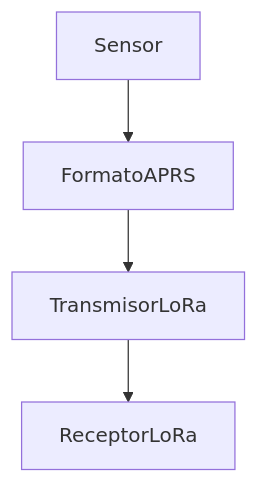
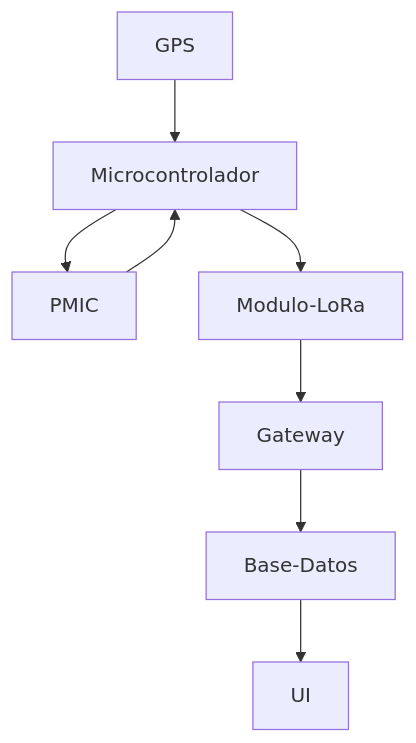
One commit to NagelMS/proyecto-taller-integrador changed the third of 4 diagrams in README.md. Above: the diagram before and after it, drawn with Mermaid. The commit also changed other lines of this file, not shown here.

````diff
--- a/README.md
+++ b/README.md
@@ -87,6 +108,4 @@
 ```mermaid
 graph TD;
-    Sensor-->FormatoAPRS;
-    FormatoAPRS-->TransmisorLoRa;
-    TransmisorLoRa-->ReceptorLoRa;
+    GPS-->Microcontrolador-->PMIC-->Microcontrolador-->Modulo-LoRa-->Gateway-->Base-Datos-->UI;
 ```
````
